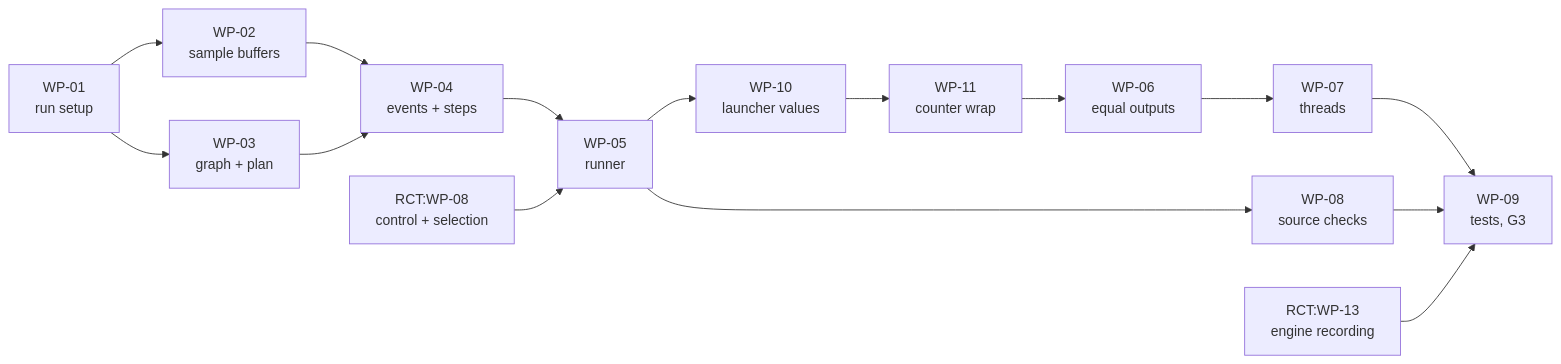
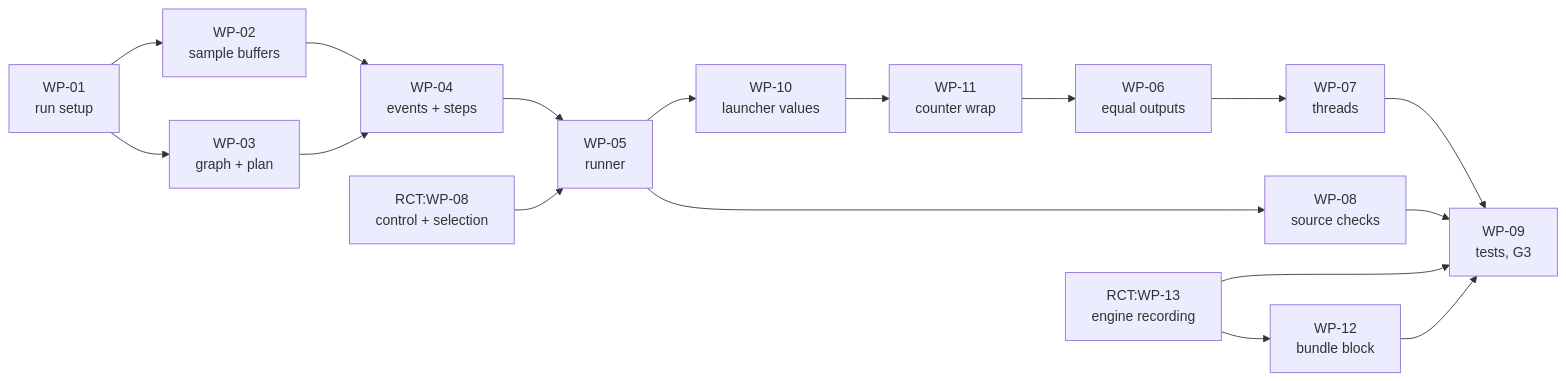
Before and after one commit to Pavan-karimajji/vantage: the diagram in docs/VANTAGE_Implementation_Design.md, drawn with Mermaid. The commit also changed other lines of this file and 58 other files, not shown here.

Commit message:
feat(vantage): one recording writer -- engine writes C6 manifest and config_bundle, Python writer retired, adas_recording via per-target path file; one call thread per caller, process refuses runs after a timeout (RCT:WP-13, WP-12, IMP-0059/0060, D26)

````diff
--- a/docs/VANTAGE_Implementation_Design.md
+++ b/docs/VANTAGE_Implementation_Design.md
@@ -71,17 +72,19 @@
 ```mermaid
 flowchart LR
     WP01["WP-01<br/>run setup"] --> WP02["WP-02<br/>sample buffers"]
     WP01 --> WP03["WP-03<br/>graph + plan"]
     WP02 --> WP04["WP-04<br/>events + steps"]
     WP03 --> WP04
     WP04 --> WP05["WP-05<br/>runner"]
     RCT8["RCT:WP-08<br/>control + selection"] --> WP05
     WP05 --> WP10["WP-10<br/>launcher values"]
     WP10 --> WP11["WP-11<br/>counter wrap"]
     WP11 --> WP06["WP-06<br/>equal outputs"]
     WP06 --> WP07["WP-07<br/>threads"]
     WP05 --> WP08["WP-08<br/>source checks"]
     WP07 --> WP09["WP-09<br/>tests, G3"]
     WP08 --> WP09
     RCT13["RCT:WP-13<br/>engine recording"] --> WP09
+    RCT13 --> WP12["WP-12<br/>bundle block"]
+    WP12 --> WP09
 ```
````
